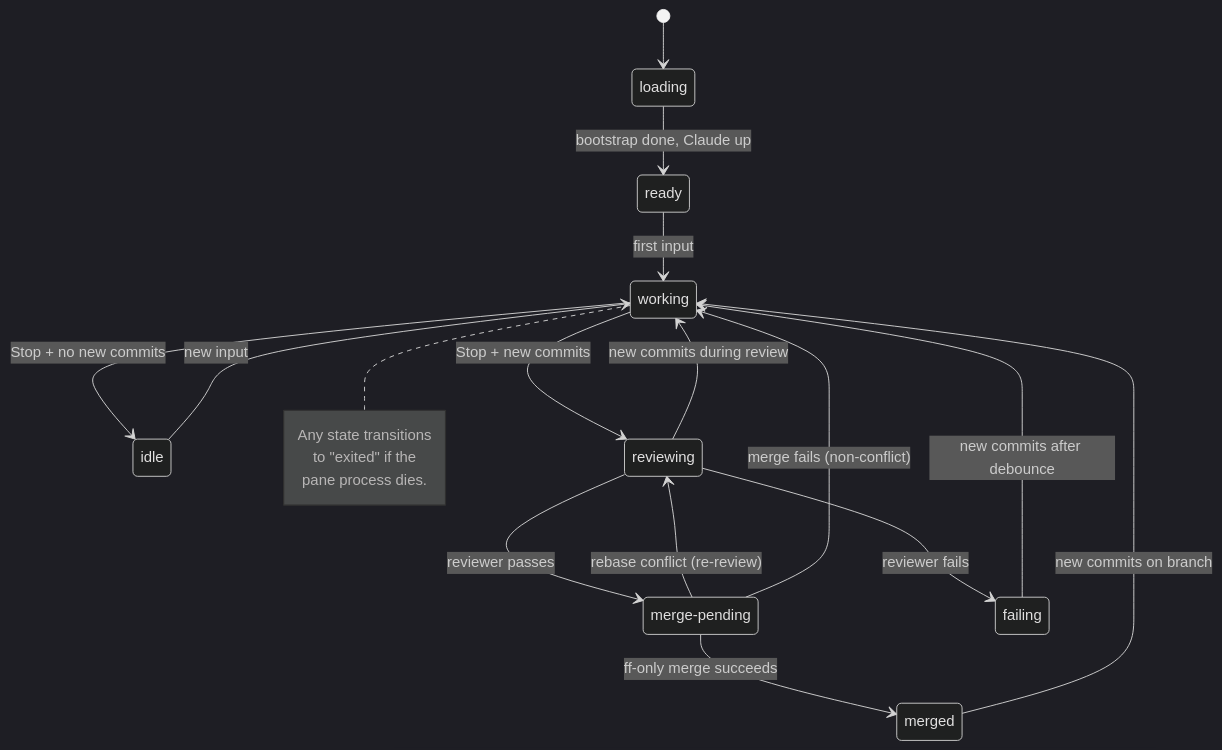
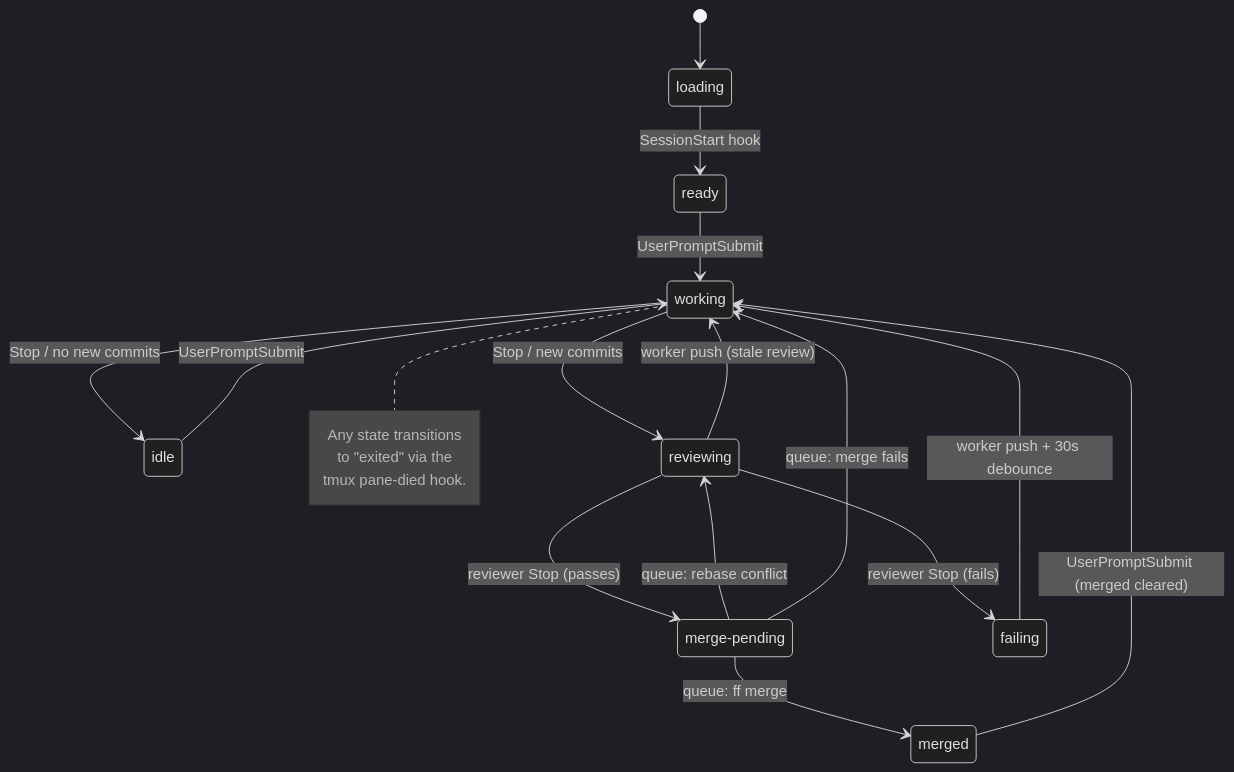
One commit to keychanger/garden changed the first of 3 diagrams in src/dashboard/STATUS.md. Above: the diagram before and after it, drawn with Mermaid (dark theme). The commit also changed other lines of this file, not shown here.

````diff
--- a/src/dashboard/STATUS.md
+++ b/src/dashboard/STATUS.md
@@ -51,31 +53,31 @@
 ```mermaid
 stateDiagram-v2
     [*] --> loading
-    loading --> ready : bootstrap done, Claude up
-    ready --> working : first input
+    loading --> ready : SessionStart hook
+    ready --> working : UserPromptSubmit
 
-    working --> idle : Stop + no new commits
-    working --> reviewing : Stop + new commits
+    working --> idle : Stop / no new commits
+    working --> reviewing : Stop / new commits
 
-    idle --> working : new input
+    idle --> working : UserPromptSubmit
 
-    reviewing --> merge_pending : reviewer passes
-    reviewing --> failing : reviewer fails
-    reviewing --> working : new commits during review
+    reviewing --> merge_pending : reviewer Stop (passes)
+    reviewing --> failing : reviewer Stop (fails)
+    reviewing --> working : worker push (stale review)
 
-    merge_pending --> merged : ff-only merge succeeds
-    merge_pending --> reviewing : rebase conflict (re-review)
-    merge_pending --> working : merge fails (non-conflict)
+    merge_pending --> merged : queue: ff merge
+    merge_pending --> reviewing : queue: rebase conflict
+    merge_pending --> working : queue: merge fails
 
-    merged --> working : new commits on branch
+    merged --> working : UserPromptSubmit (merged cleared)
 
-    failing --> working : new commits after debounce
+    failing --> working : worker push + 30s debounce
 
     state "merge-pending" as merge_pending
 
     note right of working
         Any state transitions
-        to "exited" if the
-        pane process dies.
+        to "exited" via the
+        tmux pane-died hook.
     end note
 ```
````
